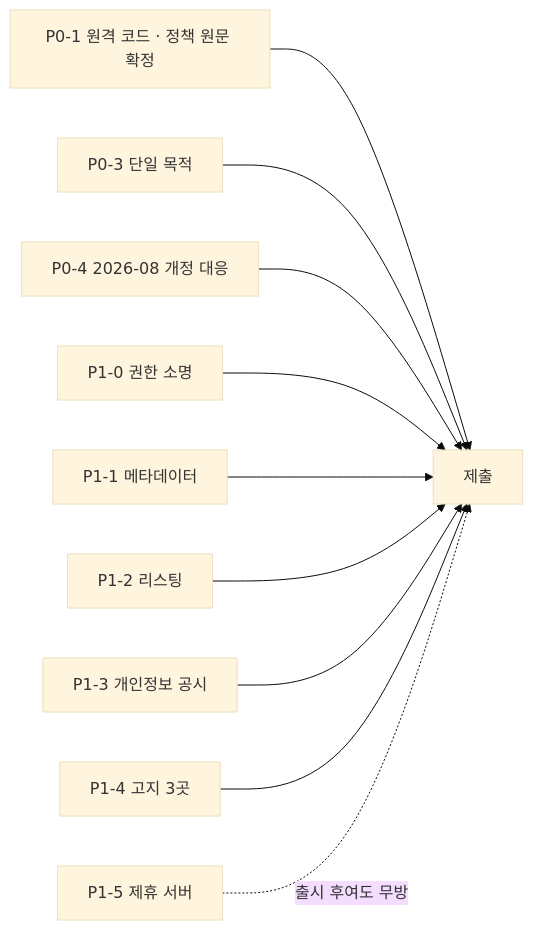
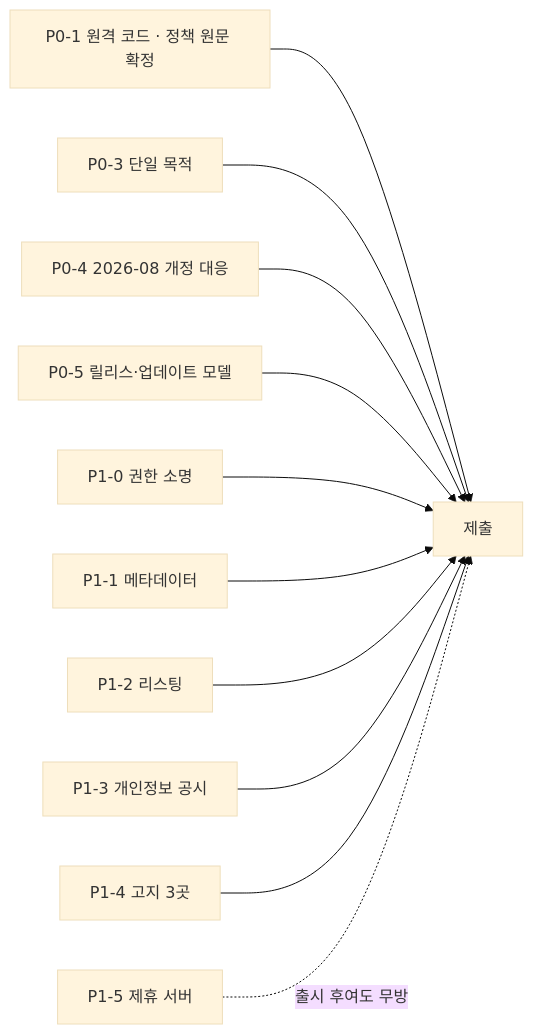
One commit to layorixinc/axsdk-sites changed the diagram in CWS_LAUNCH_PLAN.md. Above: the diagram before and after it, drawn with Mermaid (base theme). The commit also changed other lines of this file, not shown here.

````diff
--- a/CWS_LAUNCH_PLAN.md
+++ b/CWS_LAUNCH_PLAN.md
@@ -247,12 +293,13 @@
 ```mermaid
 graph LR
   P01[P0-1 원격 코드 · 정책 원문 확정] --> SUB[제출]
   P03[P0-3 단일 목적] --> SUB
   P04[P0-4 2026-08 개정 대응] --> SUB
+  P05[P0-5 릴리스·업데이트 모델] --> SUB
   P10[P1-0 권한 소명] --> SUB
   P11[P1-1 메타데이터] --> SUB
   P12[P1-2 리스팅] --> SUB
   P13[P1-3 개인정보 공시] --> SUB
   P14[P1-4 고지 3곳] --> SUB
   P15[P1-5 제휴 서버] -.출시 후여도 무방.-> SUB
 ```
````
